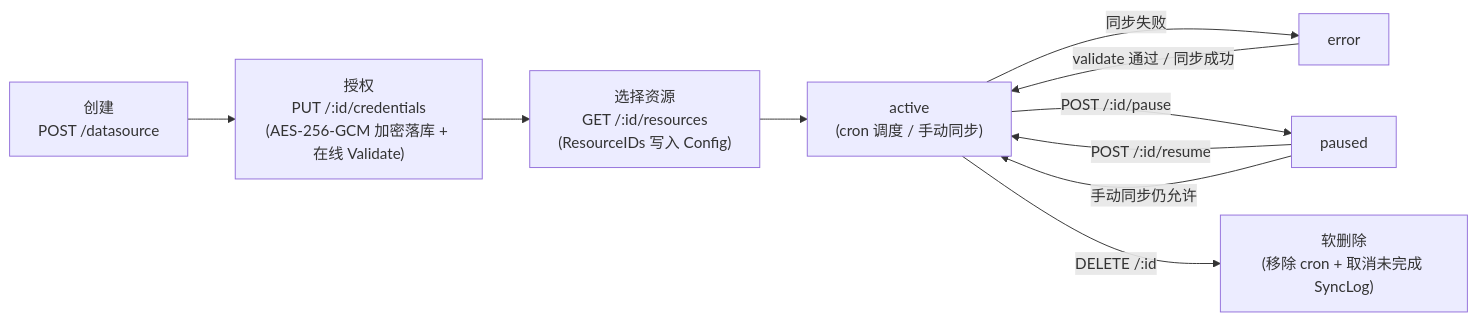
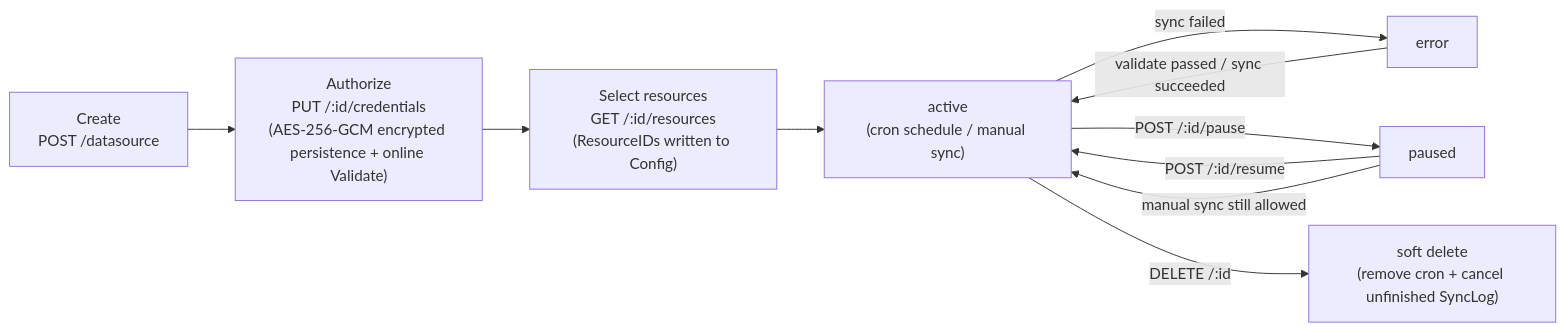
One commit to quantmind-br/WeKnora changed the first of 2 diagrams in website-docs/03-features/10-datasource.md. Above: the diagram before and after it, drawn with Mermaid. The commit also changed other lines of this file and 27 other files, not shown here.

First line of the commit message:
i18n: translate remaining docs diagrams, anchors, code samples and API examples

````diff
--- a/website-docs/03-features/10-datasource.md
+++ b/website-docs/03-features/10-datasource.md
@@ -142,12 +142,12 @@
 ```mermaid
 flowchart LR
-    A["创建<br/>POST /datasource"] --> B["授权<br/>PUT /:id/credentials<br/>(AES-256-GCM 加密落库 + 在线 Validate)"]
-    B --> C["选择资源<br/>GET /:id/resources<br/>(ResourceIDs 写入 Config)"]
-    C --> D["active<br/>(cron 调度 / 手动同步)"]
-    D -- "同步失败" --> E["error"]
-    E -- "validate 通过 / 同步成功" --> D
+    A["Create<br/>POST /datasource"] --> B["Authorize<br/>PUT /:id/credentials<br/>(AES-256-GCM encrypted persistence + online Validate)"]
+    B --> C["Select resources<br/>GET /:id/resources<br/>(ResourceIDs written to Config)"]
+    C --> D["active<br/>(cron schedule / manual sync)"]
+    D -- "sync failed" --> E["error"]
+    E -- "validate passed / sync succeeded" --> D
     D -- "POST /:id/pause" --> F["paused"]
     F -- "POST /:id/resume" --> D
-    F -- "手动同步仍允许" --> D
-    D -- "DELETE /:id" --> G["软删除<br/>(移除 cron + 取消未完成 SyncLog)"]
+    F -- "manual sync still allowed" --> D
+    D -- "DELETE /:id" --> G["soft delete<br/>(remove cron + cancel unfinished SyncLog)"]
 ```
````
